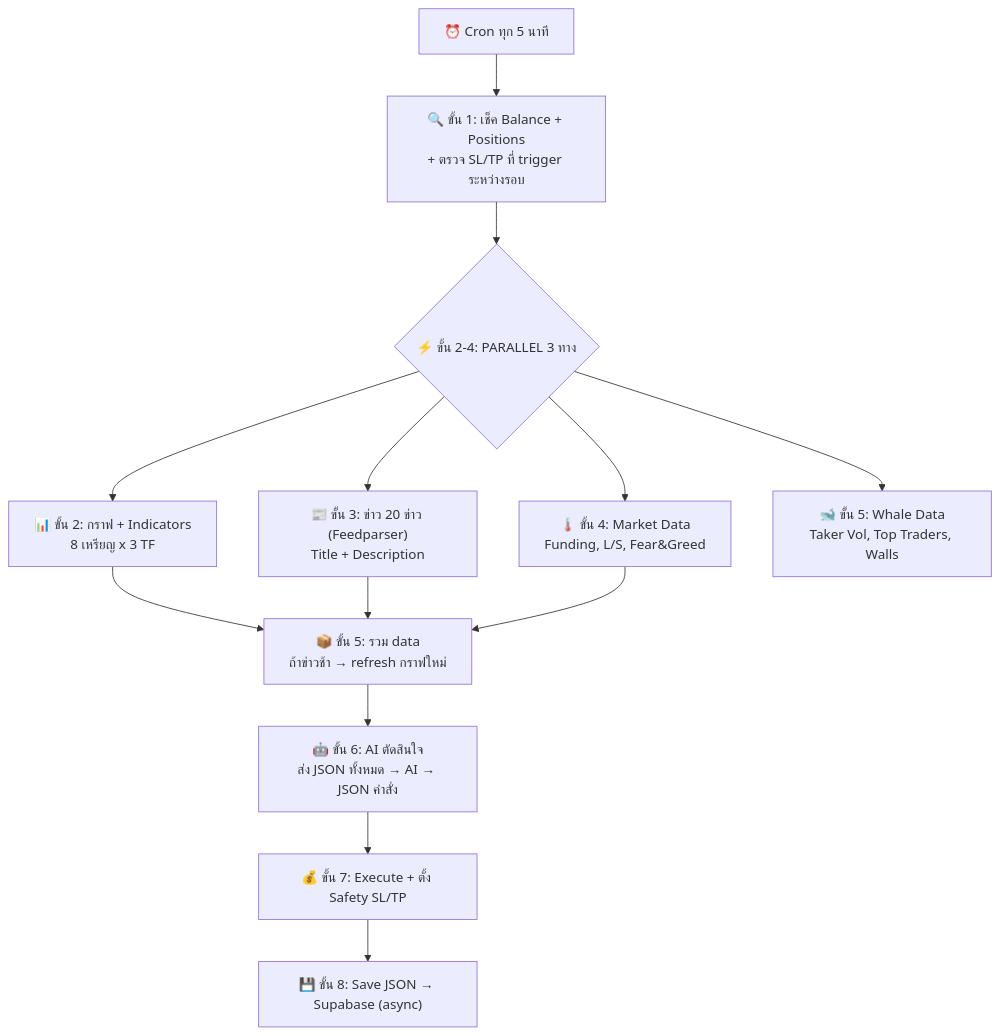
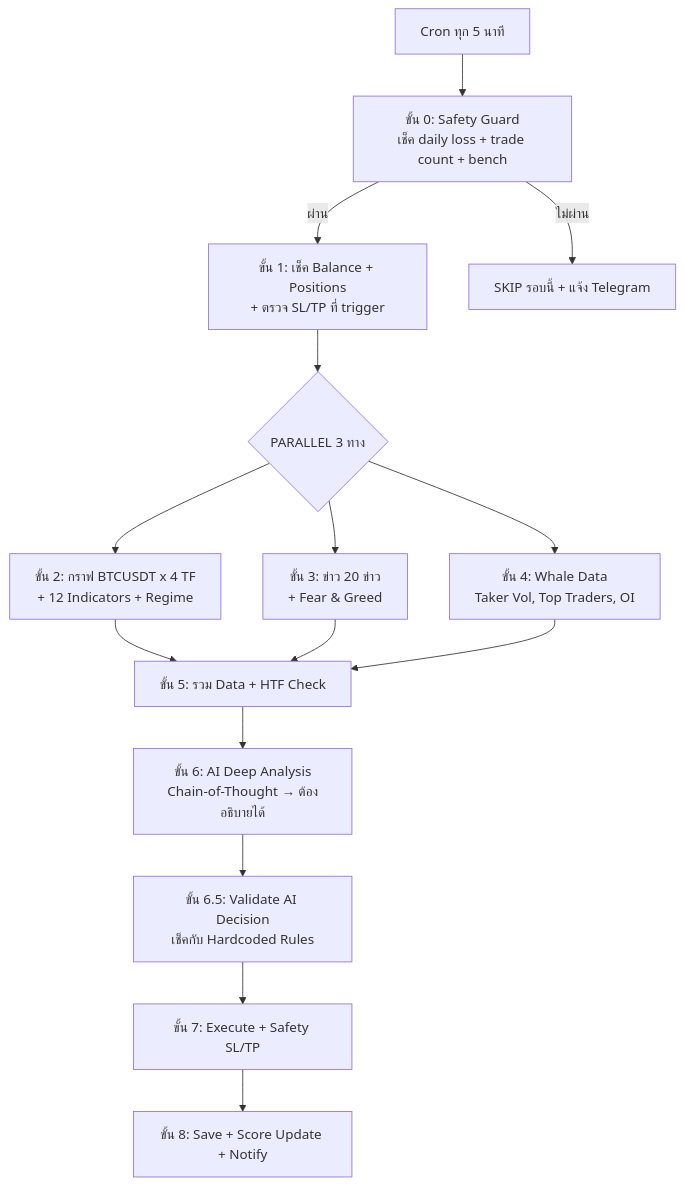
One commit to aphsx/24openClaw changed the diagram in implementation_plan.md. Above: the diagram before and after it, drawn with Mermaid. The commit also changed other lines of this file, not shown here.

````diff
--- a/implementation_plan.md
+++ b/implementation_plan.md
@@ -11,15 +60,17 @@
 ```mermaid
 graph TD
-    CRON["⏰ Cron ทุก 5 นาที"] --> S1["🔍 ขั้น 1: เช็ค Balance + Positions<br/>+ ตรวจ SL/TP ที่ trigger ระหว่างรอบ"]
-    S1 --> PAR{"⚡ ขั้น 2-4: PARALLEL 3 ทาง"}
-    PAR --> S2["📊 ขั้น 2: กราฟ + Indicators<br/>8 เหรียญ x 3 TF"]
-    PAR --> S3["📰 ขั้น 3: ข่าว 20 ข่าว (Feedparser)<br/>Title + Description"]
-    PAR --> S4["🌡️ ขั้น 4: Market Data<br/>Funding, L/S, Fear&Greed"]
-    PAR --> S5["🐋 ขั้น 5: Whale Data<br/>Taker Vol, Top Traders, Walls"]
-    S2 --> WAIT["📦 ขั้น 5: รวม data<br/>ถ้าข่าวช้า → refresh กราฟใหม่"]
-    S3 --> WAIT
-    S4 --> WAIT
-    WAIT --> AI["🤖 ขั้น 6: AI ตัดสินใจ<br/>ส่ง JSON ทั้งหมด → AI → JSON คำสั่ง"]
-    AI --> EXEC["💰 ขั้น 7: Execute + ตั้ง Safety SL/TP"]
-    EXEC --> SAVE["💾 ขั้น 8: Save JSON → Supabase (async)"]
+    CRON["Cron ทุก 5 นาที"] --> GUARD["ขั้น 0: Safety Guard<br/>เช็ค daily loss + trade count + bench"]
+    GUARD -->|ผ่าน| S1["ขั้น 1: เช็ค Balance + Positions<br/>+ ตรวจ SL/TP ที่ trigger"]
+    GUARD -->|ไม่ผ่าน| SKIP["SKIP รอบนี้ + แจ้ง Telegram"]
+    S1 --> PAR{"PARALLEL 3 ทาง"}
+    PAR --> S2["ขั้น 2: กราฟ BTCUSDT x 4 TF<br/>+ 12 Indicators + Regime"]
+    PAR --> S3["ขั้น 3: ข่าว 20 ข่าว<br/>+ Fear & Greed"]
+    PAR --> S4["ขั้น 4: Whale Data<br/>Taker Vol, Top Traders, OI"]
+    S2 --> COMBINE["ขั้น 5: รวม Data + HTF Check"]
+    S3 --> COMBINE
+    S4 --> COMBINE
+    COMBINE --> AI["ขั้น 6: AI Deep Analysis<br/>Chain-of-Thought → ต้องอธิบายได้"]
+    AI --> VALIDATE["ขั้น 6.5: Validate AI Decision<br/>เช็คกับ Hardcoded Rules"]
+    VALIDATE --> EXEC["ขั้น 7: Execute + Safety SL/TP"]
+    EXEC --> SAVE["ขั้น 8: Save + Score Update + Notify"]
 ```
````
